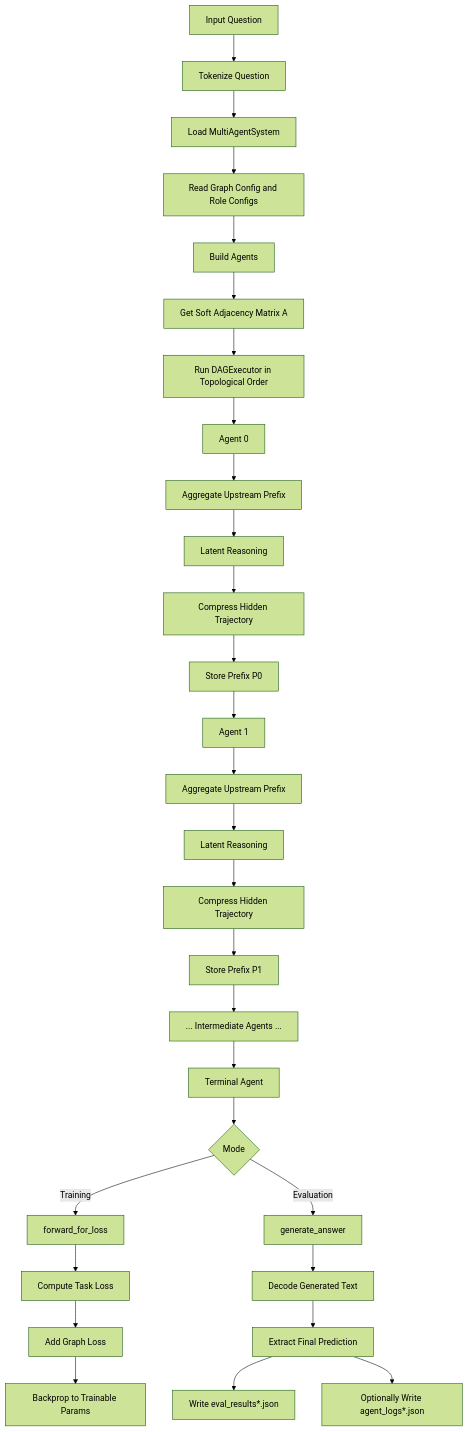
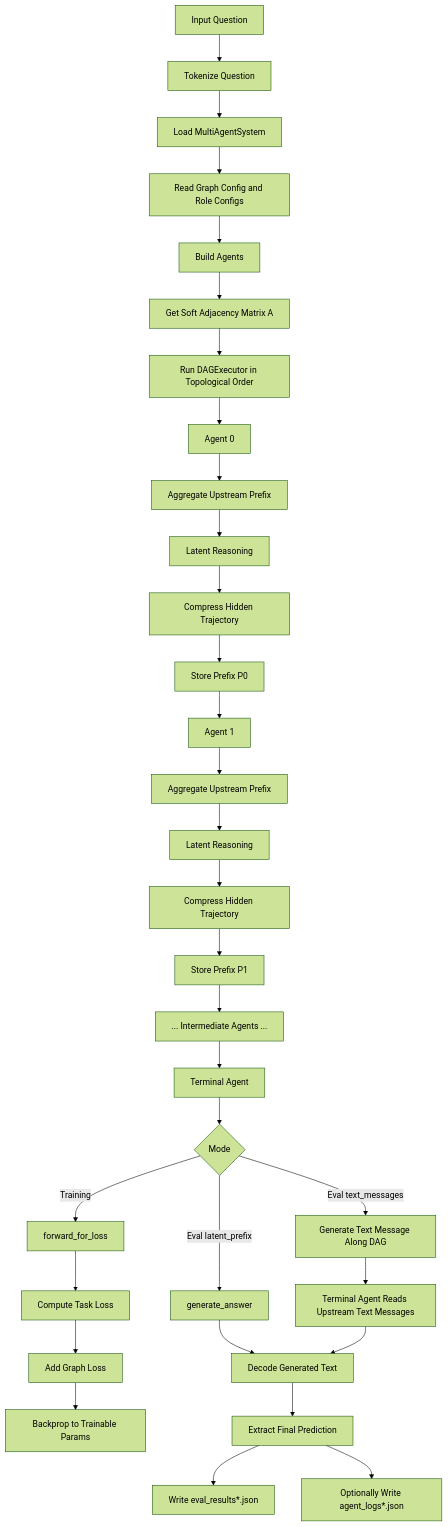
The first of 5 diagrams in docs/agent_workflow.md (Johnny221B/latent-MAS), drawn with Mermaid (forest theme) before and after one commit. The commit also changed other lines of this file and 20 other files, not shown here.

Commit message:
feat(train): port iter05 graph-search updates

````diff
--- a/docs/agent_workflow.md
+++ b/docs/agent_workflow.md
@@ -12,36 +13,40 @@
 ```mermaid
 flowchart TD
     A[Input Question] --> B[Tokenize Question]
     B --> C[Load MultiAgentSystem]
     C --> D[Read Graph Config and Role Configs]
     D --> E[Build Agents]
     E --> F[Get Soft Adjacency Matrix A]
     F --> G[Run DAGExecutor in Topological Order]
 
     G --> H[Agent 0]
     H --> I[Aggregate Upstream Prefix]
     I --> J[Latent Reasoning]
     J --> K[Compress Hidden Trajectory]
     K --> L[Store Prefix P0]
 
     L --> M[Agent 1]
     M --> N[Aggregate Upstream Prefix]
     N --> O[Latent Reasoning]
     O --> P[Compress Hidden Trajectory]
     P --> Q[Store Prefix P1]
 
     Q --> R[... Intermediate Agents ...]
     R --> S[Terminal Agent]
     S --> T{Mode}
 
     T -->|Training| U[forward_for_loss]
     U --> V[Compute Task Loss]
     V --> W[Add Graph Loss]
     W --> X[Backprop to Trainable Params]
 
-    T -->|Evaluation| Y[generate_answer]
+    T -->|Eval latent_prefix| Y[generate_answer]
     Y --> Z[Decode Generated Text]
     Z --> AA[Extract Final Prediction]
     AA --> AB[Write eval_results*.json]
     AA --> AC[Optionally Write agent_logs*.json]
+
+    T -->|Eval text_messages| AD[Generate Text Message Along DAG]
+    AD --> AE[Terminal Agent Reads Upstream Text Messages]
+    AE --> Z
 ```
````
